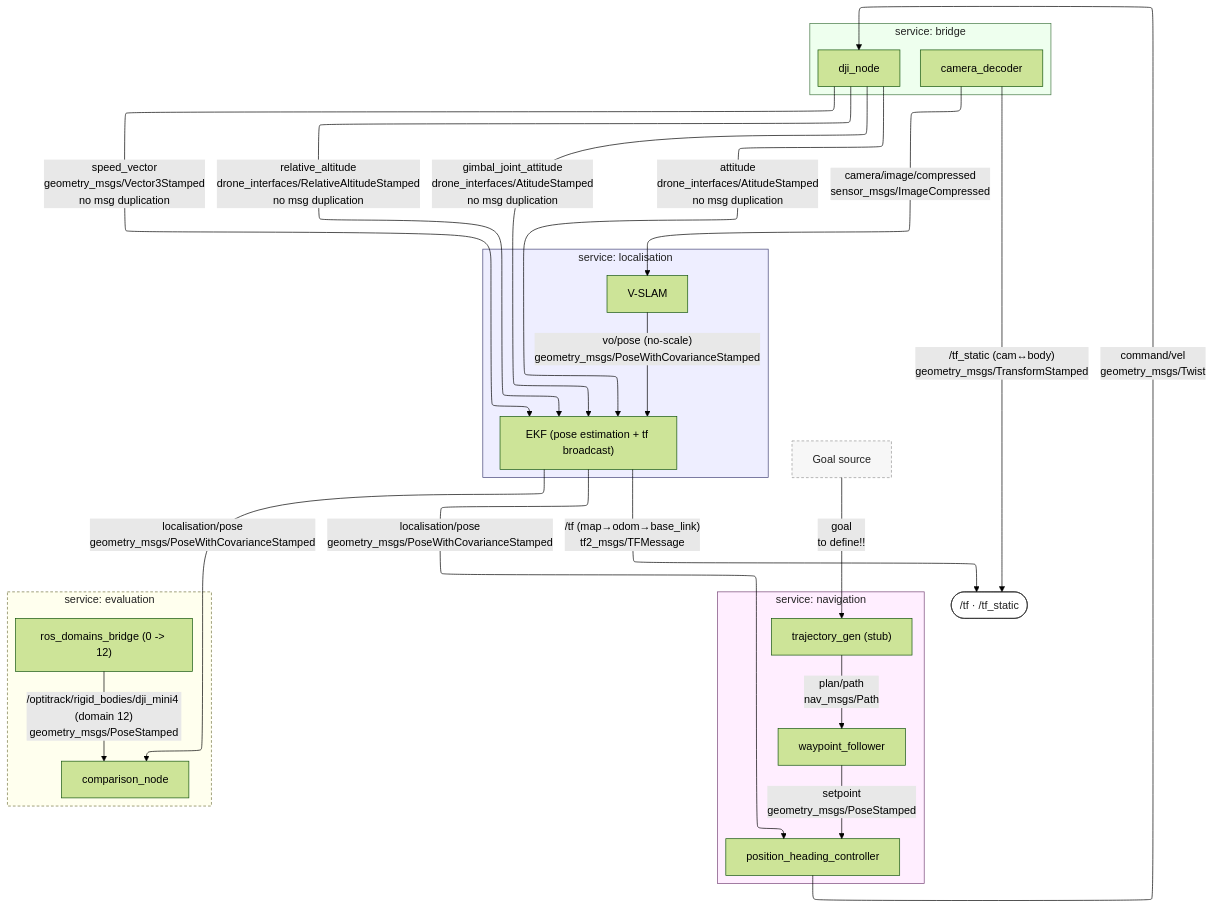
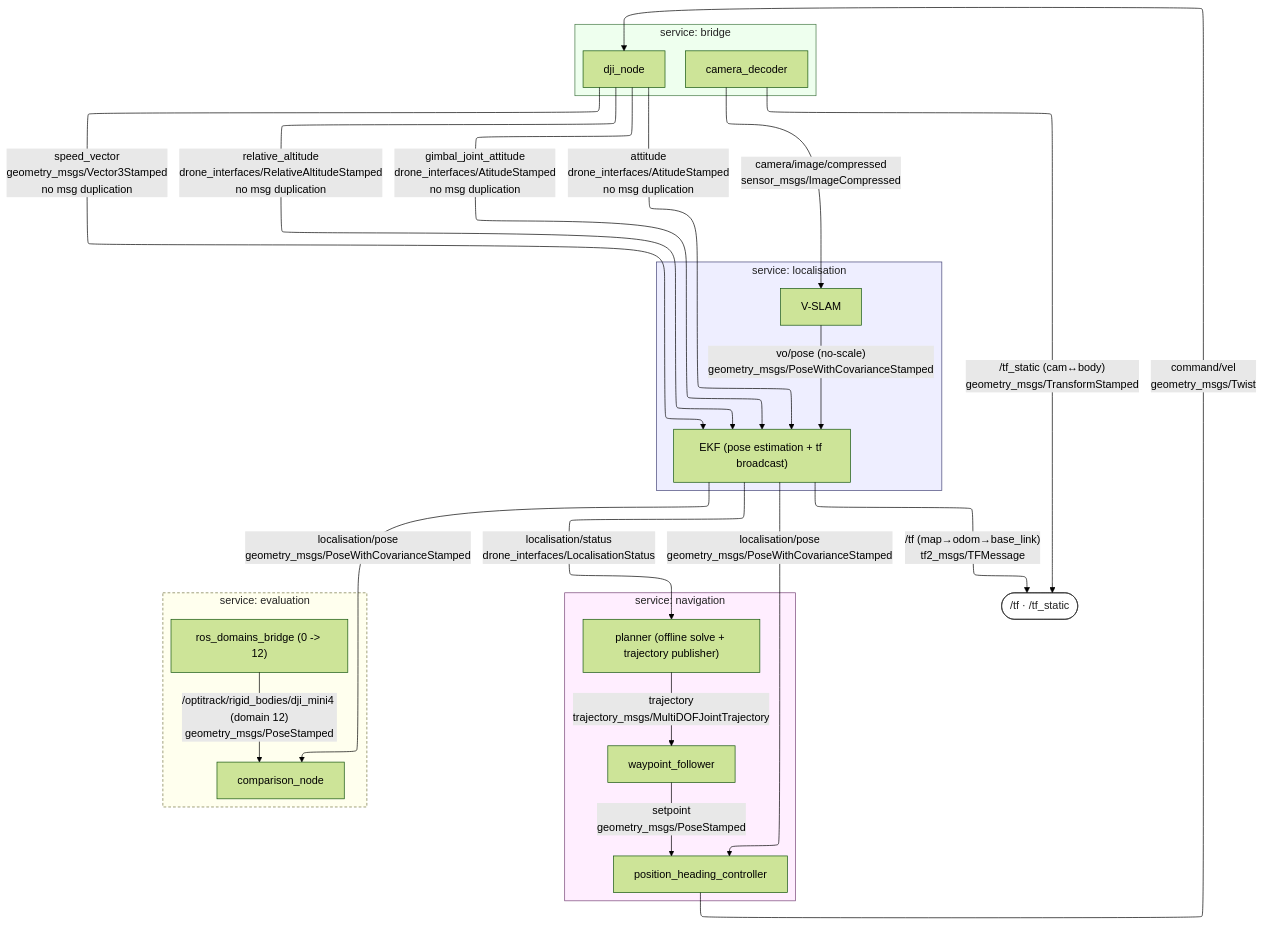
The diagram in docs/node_graph.mmd (cristhianpoveda/path_planning_aerial_inspection), drawn with Mermaid (forest theme) before and after one commit. The commit also changed 5 other files, not shown here.

```diff
--- a/docs/node_graph.mmd
+++ b/docs/node_graph.mmd
@@ -1,73 +1,69 @@
 ---
 config:
   layout: elk
 ---
 
 flowchart TB
-
-    %% DEFINE GOAL SOURCE
-    GOALSRC["Goal source"]
 
     %% BRIDGE service
     subgraph BRIDGE["service: bridge"]
         DJI["dji_node"]
         DEC["camera_decoder"]
     end
 
     %% LOCALISATION service
     subgraph LOC["service: localisation"]
         SLAM["V-SLAM"]
         EKF["EKF (pose estimation + tf broadcast)"]
     end
 
     %% NAVIGATION service
     subgraph NAV["service: navigation"]
-        TRAJ["trajectory_gen (stub)"]
+        PLAN["planner (offline solve + trajectory publisher)"]
         WPF["waypoint_follower"]
         PC["position_heading_controller"]
     end
 
     %% EVALUATION service (dev-only)
     subgraph EVAL["service: evaluation"]
         DB["ros_domains_bridge (0 -> 12)"]
         CMP["comparison_node"]
     end
 
     %% Just to show the relation to my nodes
     TF([" /tf · /tf_static "])
 
     %% --- perception ---
     DEC -->|"camera/image/compressed<br/>sensor_msgs/ImageCompressed"| SLAM
 
     %% --- telemetry into EKF (stamped with measurement time) ---
     DJI -->|"speed_vector<br/>geometry_msgs/Vector3Stamped<br/>no msg duplication"| EKF
     DJI -->|"relative_altitude<br/>drone_interfaces/RelativeAltitudeStamped<br/>no msg duplication"| EKF
     DJI -->|"gimbal_joint_attitude<br/>drone_interfaces/AtitudeStamped<br/>no msg duplication"| EKF
     DJI -->|"attitude<br/>drone_interfaces/AtitudeStamped<br/>no msg duplication"| EKF
 
     %% --- localisation internal + output ---
     SLAM -->|"vo/pose (no-scale)<br/>geometry_msgs/PoseWithCovarianceStamped"| EKF
     EKF -->|"localisation/pose<br/>geometry_msgs/PoseWithCovarianceStamped"| PC
+    EKF -->|"localisation/status<br/>drone_interfaces/LocalisationStatus"| PLAN
 
     %% --- navigation chain ---
-    GOALSRC -->|"goal<br/>to define!!"| TRAJ
-    TRAJ -->|"plan/path<br/>nav_msgs/Path"| WPF
+    PLAN -->|"trajectory<br/>trajectory_msgs/MultiDOFJointTrajectory"| WPF
     WPF -->|"setpoint<br/>geometry_msgs/PoseStamped"| PC
     PC -->|"command/vel<br/>geometry_msgs/Twist"| DJI
 
     %% --- evaluation (dev-only) ---
     EKF -->|"localisation/pose<br/>geometry_msgs/PoseWithCovarianceStamped"| CMP
     DB -->|"/optitrack/rigid_bodies/dji_mini4 (domain 12)<br/>geometry_msgs/PoseStamped"| CMP
 
     %% --- tf publications (broadcast bus) ---
     DEC -->|"/tf_static (cam&harr;body)<br/>geometry_msgs/TransformStamped"| TF
     EKF -->|"/tf (map&rarr;odom&rarr;base_link)<br/>tf2_msgs/TFMessage"| TF
 
     %% /telemetry/satellite_count if switches indoor and outdoor
 
     style BRIDGE fill:#efe,stroke:#474,color:#222
     style LOC fill:#eef,stroke:#447,color:#222
     style NAV fill:#fef,stroke:#747,color:#222
     style EVAL fill:#ffe,stroke:#774,color:#222,stroke-dasharray:4 3
-    style GOALSRC fill:#f7f7f7,stroke:#999,color:#222,stroke-dasharray:4 3
     style TF fill:#fff,stroke:#333,color:#222
```
